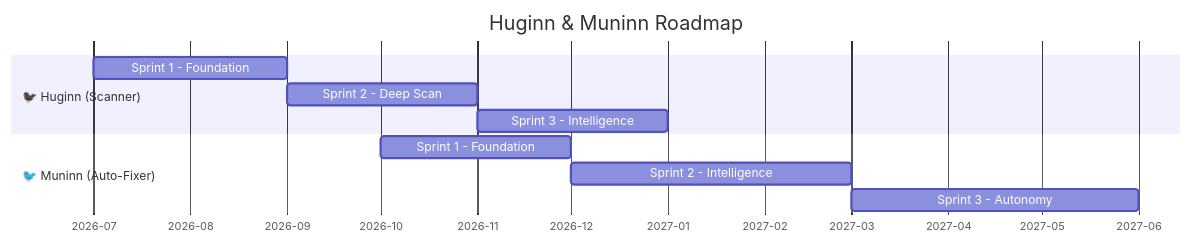
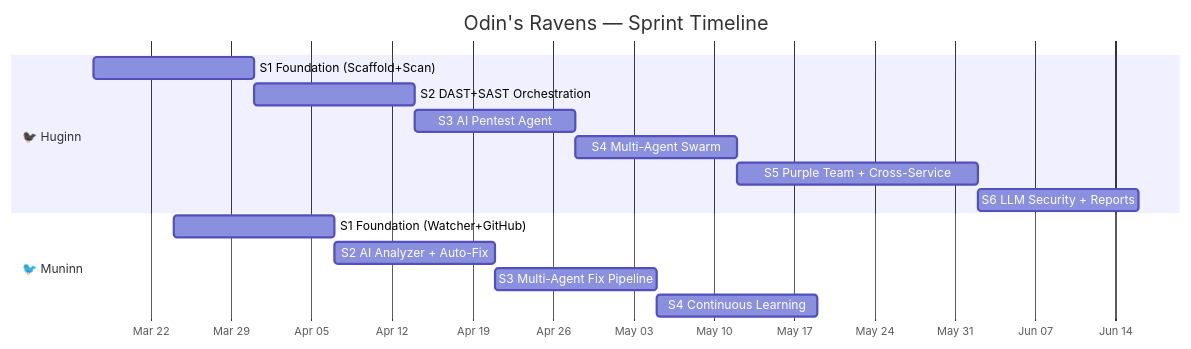
Before and after one commit to MegaWiz-Dev-Team/Asgard: the diagram in docs/roadmap/huginn-muninn.md, drawn with Mermaid. The commit also changed other lines of this file and 5 other files, not shown here.

First line of the commit message:
docs(PM-01): update project plan v2.0 + sprint/roadmap sync

````diff
--- a/docs/roadmap/huginn-muninn.md
+++ b/docs/roadmap/huginn-muninn.md
@@ -106,16 +20,20 @@
 ```mermaid
 gantt
-    title Huginn & Muninn Roadmap
-    dateFormat YYYY-MM
-    axisFormat %Y-%m
+    title Odin's Ravens — Sprint Timeline
+    dateFormat YYYY-MM-DD
+    axisFormat %b %d
 
-    section 🐦‍⬛ Huginn (Scanner)
-    Sprint 1 - Foundation       :h1, 2026-07, 2M
-    Sprint 2 - Deep Scan        :h2, after h1, 2M
-    Sprint 3 - Intelligence     :h3, after h2, 2M
+    section 🐦‍⬛ Huginn
+    S1 Foundation (Scaffold+Scan)     :h1, 2026-03-17, 14d
+    S2 DAST+SAST Orchestration        :h2, after h1, 14d
+    S3 AI Pentest Agent               :h3, after h2, 14d
+    S4 Multi-Agent Swarm              :h4, after h3, 14d
+    S5 Purple Team + Cross-Service    :h5, after h4, 21d
+    S6 LLM Security + Reports        :h6, after h5, 14d
 
-    section 🐦 Muninn (Auto-Fixer)
-    Sprint 1 - Foundation       :m1, 2026-10, 2M
-    Sprint 2 - Intelligence     :m2, after m1, 3M
-    Sprint 3 - Autonomy         :m3, after m2, 3M
+    section 🐦 Muninn
+    S1 Foundation (Watcher+GitHub)    :m1, 2026-03-24, 14d
+    S2 AI Analyzer + Auto-Fix        :m2, after m1, 14d
+    S3 Multi-Agent Fix Pipeline      :m3, after m2, 14d
+    S4 Continuous Learning           :m4, after m3, 14d
 ```
````
